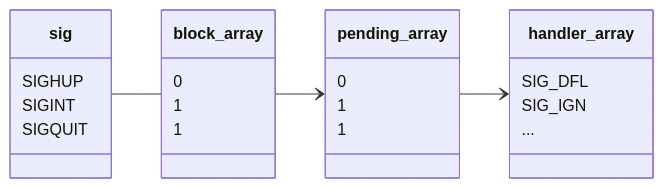
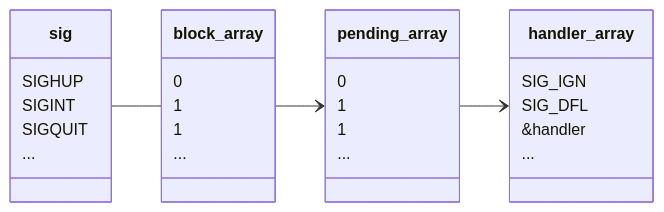
One commit to xiaogithubooo/LimouLearnNote changed the diagram in Linux_System_Note/016+limou+2023_12_19+Linux的进程信号.md. Above: the diagram before and after it, drawn with Mermaid. The commit also changed other lines of this file and 2 other files, not shown here.

````diff
--- a/Linux_System_Note/016+limou+2023_12_19+Linux的进程信号.md
+++ b/Linux_System_Note/016+limou+2023_12_19+Linux的进程信号.md
@@ -672,27 +738,31 @@
 ```mermaid
 classDiagram
   	direction LR
     class sig {
 		SIGHUP
 		SIGINT
 		SIGQUIT
+		...
     }
     class block_array {
 		0
 		1
 		1
+		...
     }
     class pending_array {
 		0
 		1
 		1
+		...
     }
     class handler_array {
+		SIG_IGN
 		SIG_DFL
-		SIG_IGN
+		&handler
 		...
     }
     sig -- block_array    
     block_array --> pending_array
     pending_array --> handler_array
 ```
````
